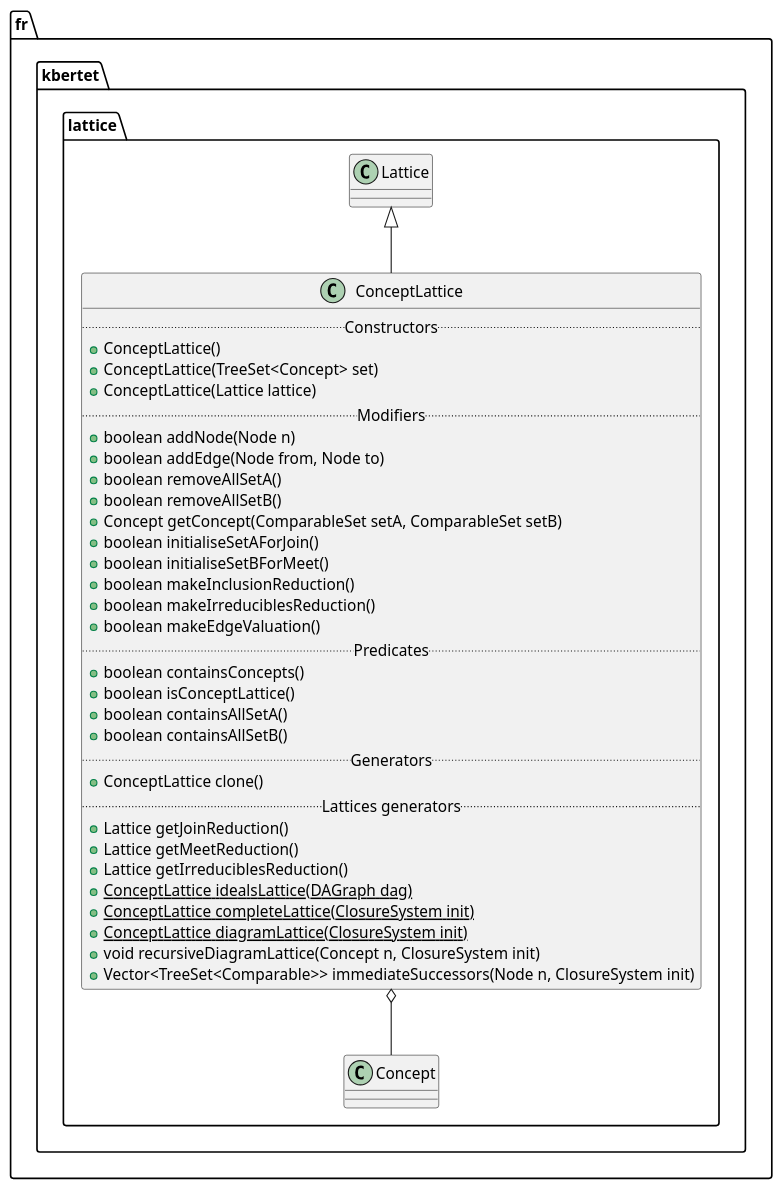
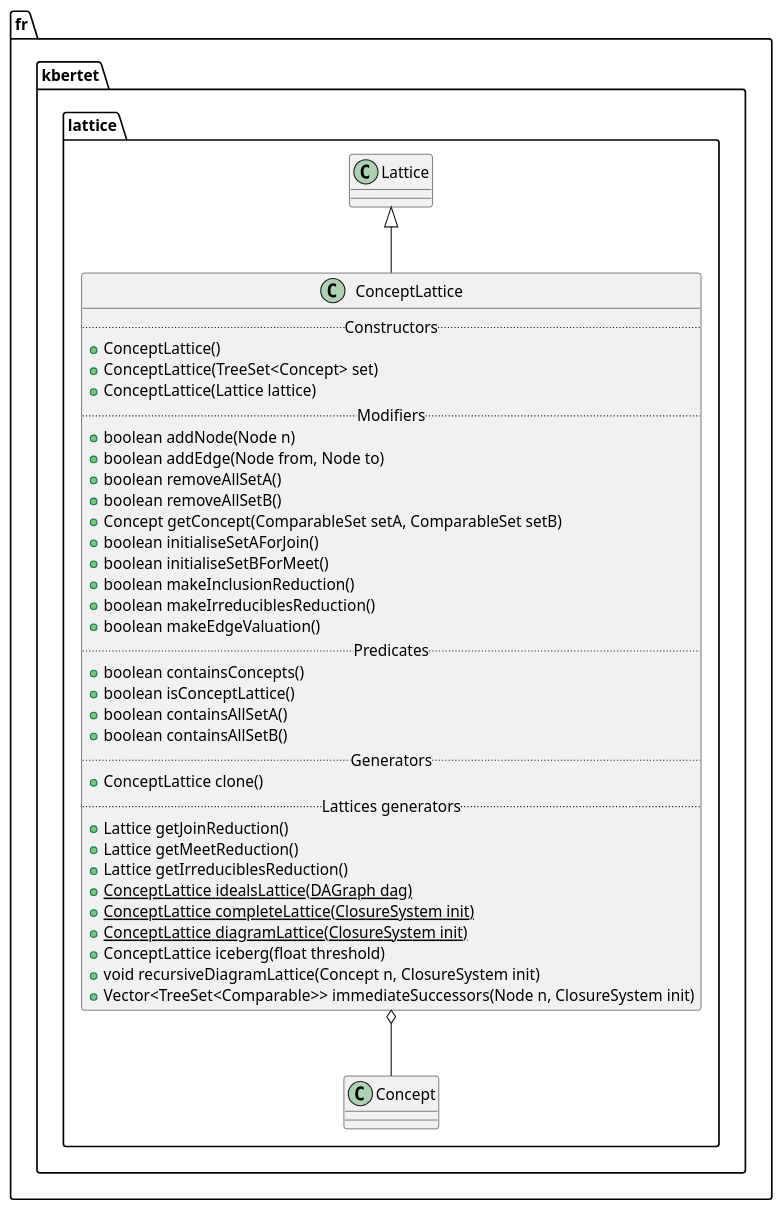
One commit to thegalactic/java-lattices changed the diagram in src/fr/kbertet/lattice/ConceptLattice.iuml. Above: the diagram before and after it, drawn with PlantUML. The commit also changed 8 other files, not shown here.

```diff
--- a/src/fr/kbertet/lattice/ConceptLattice.iuml
+++ b/src/fr/kbertet/lattice/ConceptLattice.iuml
@@ -1,38 +1,39 @@
 package fr.kbertet.lattice {
     class ConceptLattice {
         .. Constructors ..
         +ConceptLattice()
         +ConceptLattice(TreeSet<Concept> set)
         +ConceptLattice(Lattice lattice)
         .. Modifiers ..
         +boolean addNode(Node n)
         +boolean addEdge(Node from, Node to)
         +boolean removeAllSetA()
         +boolean removeAllSetB()
         +Concept getConcept(ComparableSet setA, ComparableSet setB)
         +boolean initialiseSetAForJoin()
         +boolean initialiseSetBForMeet()
         +boolean makeInclusionReduction()
         +boolean makeIrreduciblesReduction()
         +boolean makeEdgeValuation()
         .. Predicates ..
         +boolean containsConcepts()
         +boolean isConceptLattice()
         +boolean containsAllSetA()
         +boolean containsAllSetB()
         .. Generators ..
         +ConceptLattice clone()
         .. Lattices generators ..
         +Lattice getJoinReduction()
         +Lattice getMeetReduction()
         +Lattice getIrreduciblesReduction()
         +{static} ConceptLattice idealsLattice(DAGraph dag)
         +{static} ConceptLattice completeLattice(ClosureSystem init)
         +{static} ConceptLattice diagramLattice(ClosureSystem init)
+        +ConceptLattice iceberg(float threshold)
         +void recursiveDiagramLattice(Concept n, ClosureSystem init)
         +Vector<TreeSet<Comparable>> immediateSuccessors(Node n, ClosureSystem init)
     }
 
     Lattice <|-- ConceptLattice
     ConceptLattice o-- Concept
 }
```
